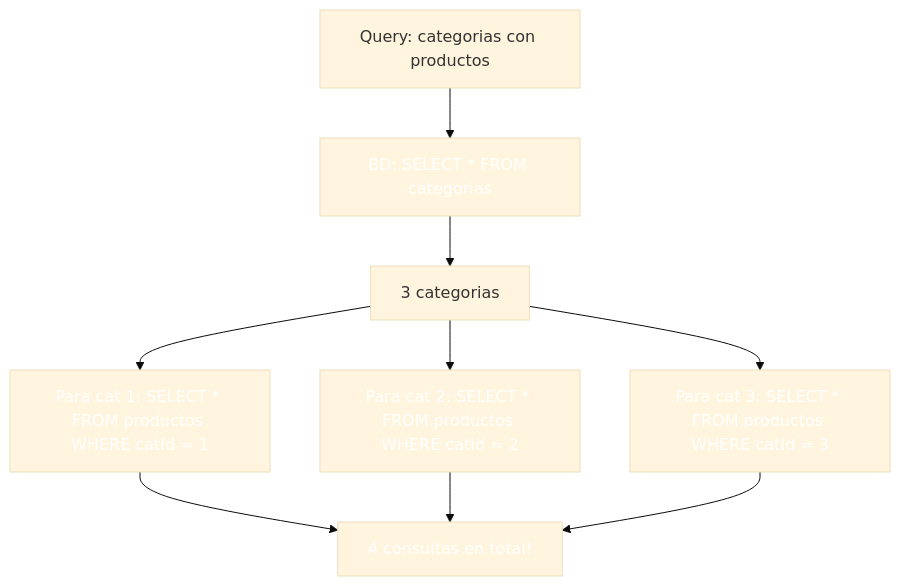
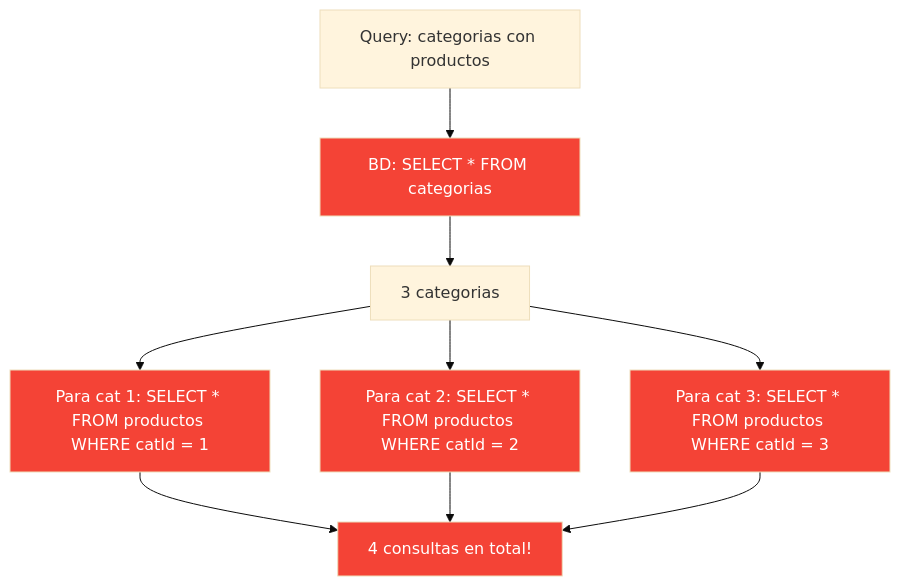
Before and after one commit to joseluisgs/DesarrolloWebEntornosServidor-02-2026-2027: the eighth of 10 diagrams in 19-graphql.md, drawn with Mermaid (base theme). The commit also changed other lines of this file and 29 other files, not shown here.

Commit message:
docs: corregir estilos Mermaid y estilo, quitar referencias a la Tienda y reestructurar los retos 13 y 15

````diff
--- a/19-graphql.md
+++ b/19-graphql.md
@@ -883,19 +883,19 @@
 ```mermaid
 graph TD
     Q["Query: categorias con productos"] --> S1["BD: SELECT * FROM categorias"]
     S1 --> C["3 categorias"]
 
     C --> D1["Para cat 1: SELECT * FROM productos WHERE catId = 1"]
     C --> D2["Para cat 2: SELECT * FROM productos WHERE catId = 2"]
     C --> D3["Para cat 3: SELECT * FROM productos WHERE catId = 3"]
 
     D1 --> R["4 consultas en total!"]
     D2 --> R
     D3 --> R
 
-    style S1 fill:#f4433,color:#fff6,color:#fff
-    style D1 fill:#f4433,color:#fff6,color:#fff
-    style D2 fill:#f4433,color:#fff6,color:#fff
-    style D3 fill:#f4433,color:#fff6,color:#fff
-    style R fill:#f4433,color:#fff6,color:#fff
+    style S1 fill:#f44336,color:#fff
+    style D1 fill:#f44336,color:#fff
+    style D2 fill:#f44336,color:#fff
+    style D3 fill:#f44336,color:#fff
+    style R fill:#f44336,color:#fff
 ```
````
